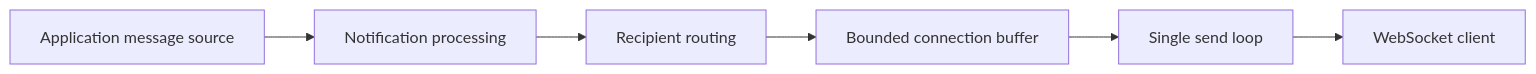
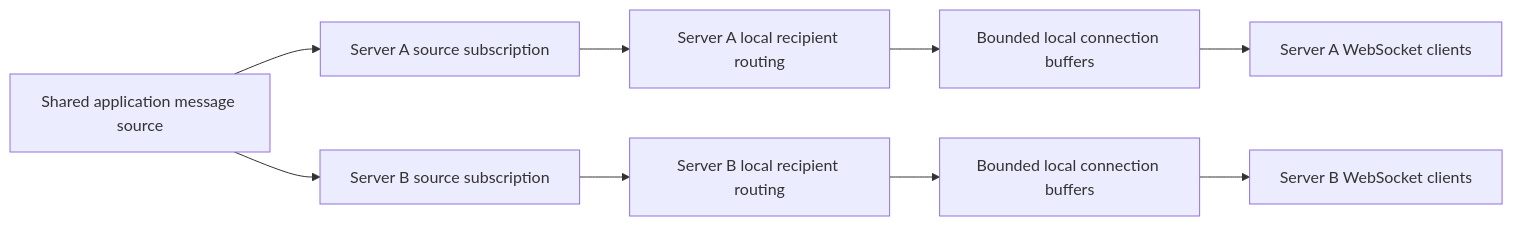
Before and after one commit to sameeranand2711/WebSocketNotifications: the diagram in docs/architecture.md, drawn with Mermaid. The commit also changed other lines of this file and 33 other files, not shown here.

Commit message:
Align V1 multi-server release architecture

````diff
--- a/docs/architecture.md
+++ b/docs/architecture.md
@@ -5,8 +5,11 @@
 ```mermaid
 flowchart LR
-    A[Application message source] --> B[Notification processing]
-    B --> C[Recipient routing]
-    C --> D[Bounded connection buffer]
-    D --> E[Single send loop]
-    E --> F[WebSocket client]
+    A[Shared application message source] --> B[Server A source subscription]
+    A --> C[Server B source subscription]
+    B --> D[Server A local recipient routing]
+    C --> E[Server B local recipient routing]
+    D --> F[Bounded local connection buffers]
+    E --> G[Bounded local connection buffers]
+    F --> H[Server A WebSocket clients]
+    G --> I[Server B WebSocket clients]
 ```
````
